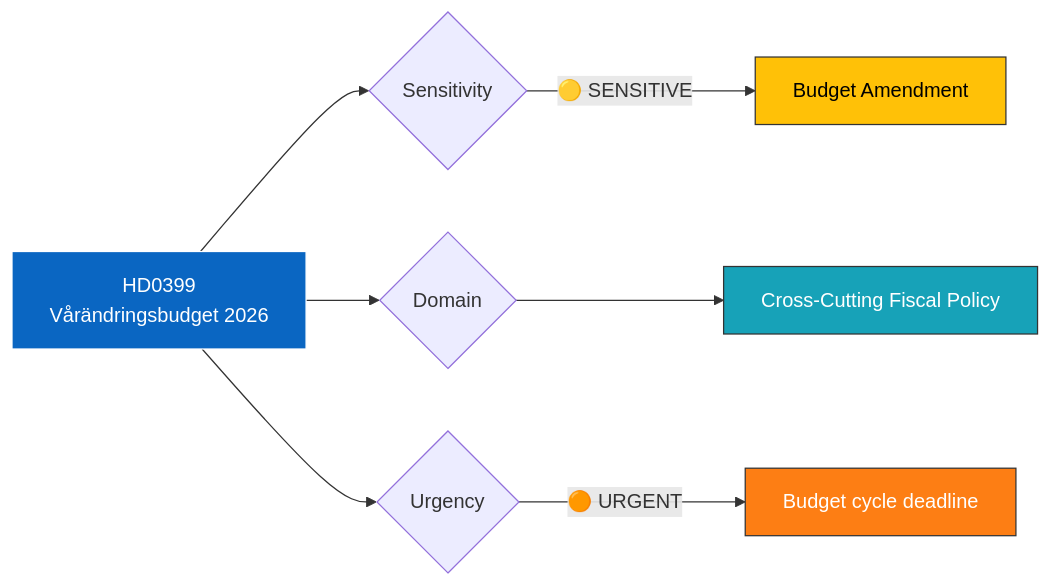
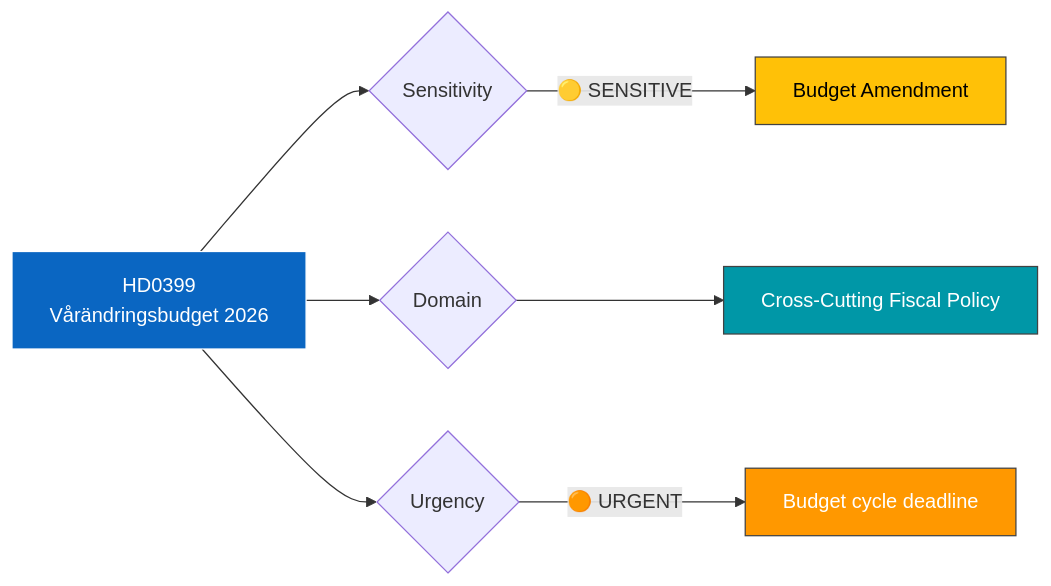
The diagram in analysis/daily/2026-04-13/realtime-1433/documents/HD0399-analysis.md (Hack23/riksdagsmonitor), drawn with Mermaid before and after one commit. The commit also changed 785 other files, not shown here.

First line of the commit message:
Normalize mermaid colors across 786 analysis artifacts to ISMS Style Guide palette

````diff
--- a/analysis/daily/2026-04-13/realtime-1433/documents/HD0399-analysis.md
+++ b/analysis/daily/2026-04-13/realtime-1433/documents/HD0399-analysis.md
@@ -20,13 +20,13 @@
 ```mermaid
 graph LR
     A["HD0399<br/>Vårändringsbudget 2026"] --> B{"Sensitivity"}
     B -->|"🟡 SENSITIVE"| C["Budget Amendment"]
     A --> D{"Domain"}
     D --> E["Cross-Cutting Fiscal Policy"]
     A --> F{"Urgency"}
     F -->|"🟠 URGENT"| G["Budget cycle deadline"]
-    style A fill:#0A66C2,stroke:#fff,color:#fff
-    style C fill:#ffc107,stroke:#333,color:#000
-    style E fill:#17a2b8,stroke:#333,color:#fff
-    style G fill:#fd7e14,stroke:#333,color:#fff
+    style A fill:#0A66C2,stroke:#FFFFFF,color:#FFFFFF
+    style C fill:#FFC107,stroke:#424242,color:#000000
+    style E fill:#0097A7,stroke:#424242,color:#FFFFFF
+    style G fill:#FF9800,stroke:#424242,color:#FFFFFF
 ```
````
